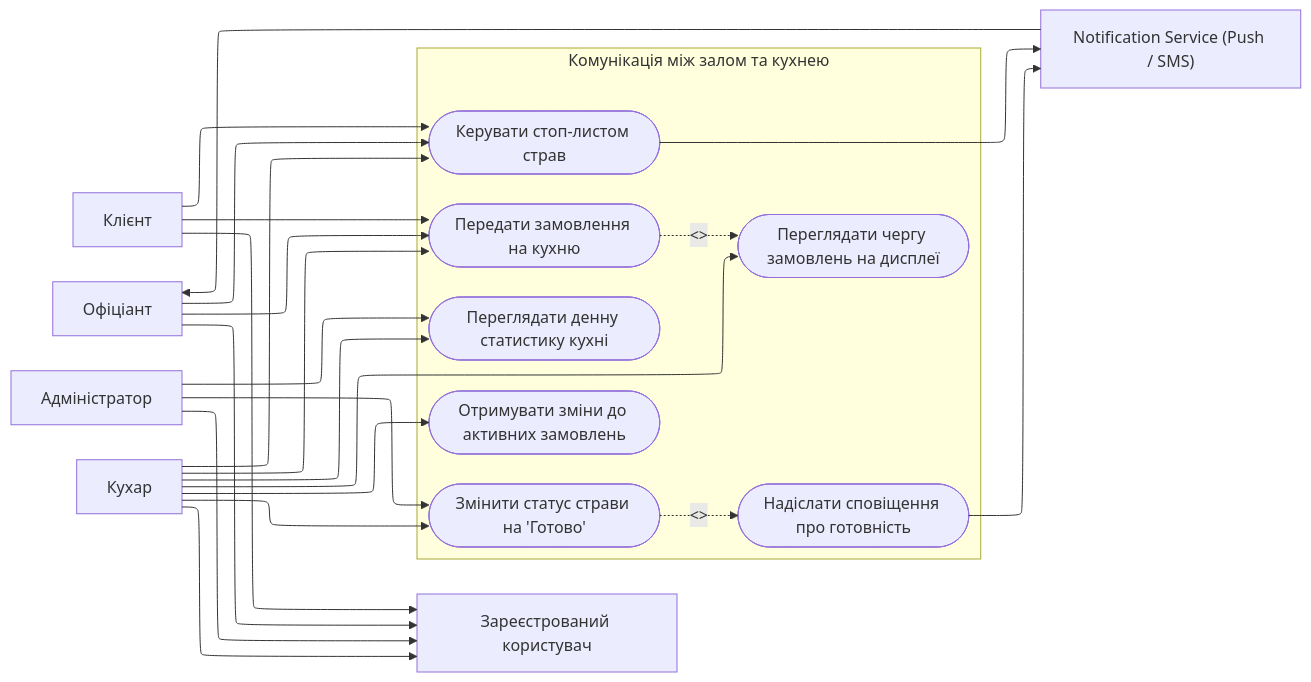
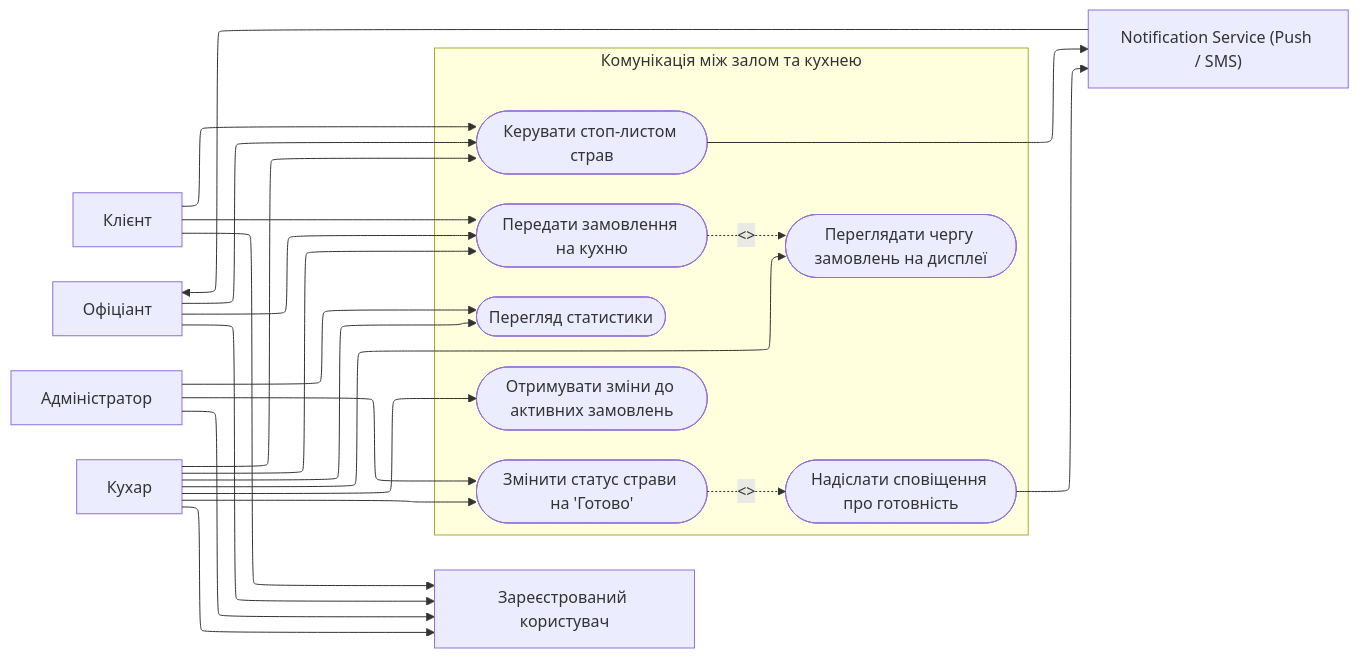
Before and after one commit to cyjiky/TableFlow: the diagram in Labs/Lab2/models/communication.mmd, drawn with Mermaid. The commit also changed 7 other files, not shown here.

```diff
--- a/Labs/Lab2/models/communication.mmd
+++ b/Labs/Lab2/models/communication.mmd
@@ -1,64 +1,59 @@
 ---
 config:
     layout: elk
 ---
 flowchart LR
     Client["Client"]
     Waiter["Waiter"]
     Admin["Admin"]
     Chef["Chef"]
     %% Актори
     User["Зареєстрований користувач"]
     Client["Клієнт"]
     Waiter["Офіціант"]
     Chef["Кухар"]
     Admin["Адміністратор"]
     NotifyService["Notification Service"]
     NotifyService["Notification Service (Push / SMS)"]
 
     %% Узагальнення акторів
     Client --> User
     Waiter --> User
     Chef --> User
     Admin --> User
 
     subgraph System ["Комунікація між залом та кухнею"]
-      UC1(["Бачити чергу замовлень"])
-      UC2(["Сповіщення про зміни"])
-      UC3(["Додавати страви до стоп-листа"])
-      UC4(["Сповіщення, страва у статусi «Готово»"])
-      UC5(["Перегляд статистики"])
-      UC1(["Передати замовлення на кухню"])
-      UC2(["Переглядати чергу замовлень на дисплеї"])
-      UC3(["Отримувати зміни до активних замовлень"])
-      UC4(["Керувати стоп-листом страв"])
-      UC5(["Змінити статус страви на 'Готово'"])
-      UC6(["Надіслати сповіщення про готовність"])
-      UC7(["Переглядати денну статистику кухні"])
+      UC4_1(["Передати замовлення на кухню"])
+      UC4_2(["Переглядати чергу замовлень на дисплеї"])
+      UC4_3(["Отримувати зміни до активних замовлень"])
+      UC4_4(["Керувати стоп-листом страв"])
+      UC4_5(["Змінити статус страви на 'Готово'"])
+      UC4_6(["Надіслати сповіщення про готовність"])
+      UC4_7(["Перегляд статистики"])
     end
 
-    Chef --> UC1
+    Chef --> UC4_1
     %% Зв'язки акторів з прецедентами
-    Client --> UC1
-    Waiter --> UC1
+    Client --> UC4_1
+    Waiter --> UC4_1
 
-    Chef --> UC2
-    Chef --> UC3
-    Chef --> UC4
-    Chef --> UC5
-    Chef --> UC7
+    Chef --> UC4_2
+    Chef --> UC4_3
+    Chef --> UC4_4
+    Chef --> UC4_5
+    Chef --> UC4_7
 
-    Client --> UC4
-    Admin --> UC7
+    Client --> UC4_4
+    Admin --> UC4_7
 
-    Waiter --> UC4
+    Waiter --> UC4_4
     %% Include зв'язки
-    UC1 -.->|"<<include>>"| UC2
-    UC5 -.->|"<<include>>"| UC6
+    UC4_1 -.->|"<<include>>"| UC4_2
+    UC4_5 -.->|"<<include>>"| UC4_6
 
-    Admin --> UC5
+    Admin --> UC4_5
 
-    UC4 --> NotifyService
+    UC4_4 --> NotifyService
     %% Взаємодія з сервісом сповіщень
-    UC6 --> NotifyService
+    UC4_6 --> NotifyService
     NotifyService --> Waiter
```
